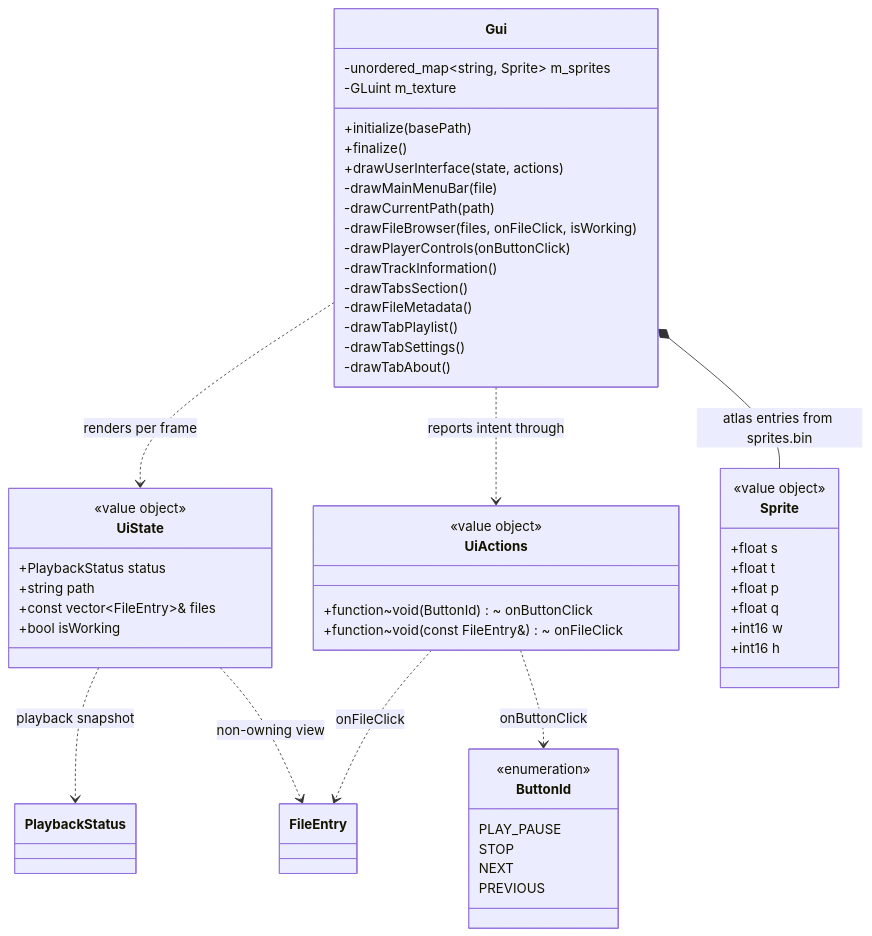
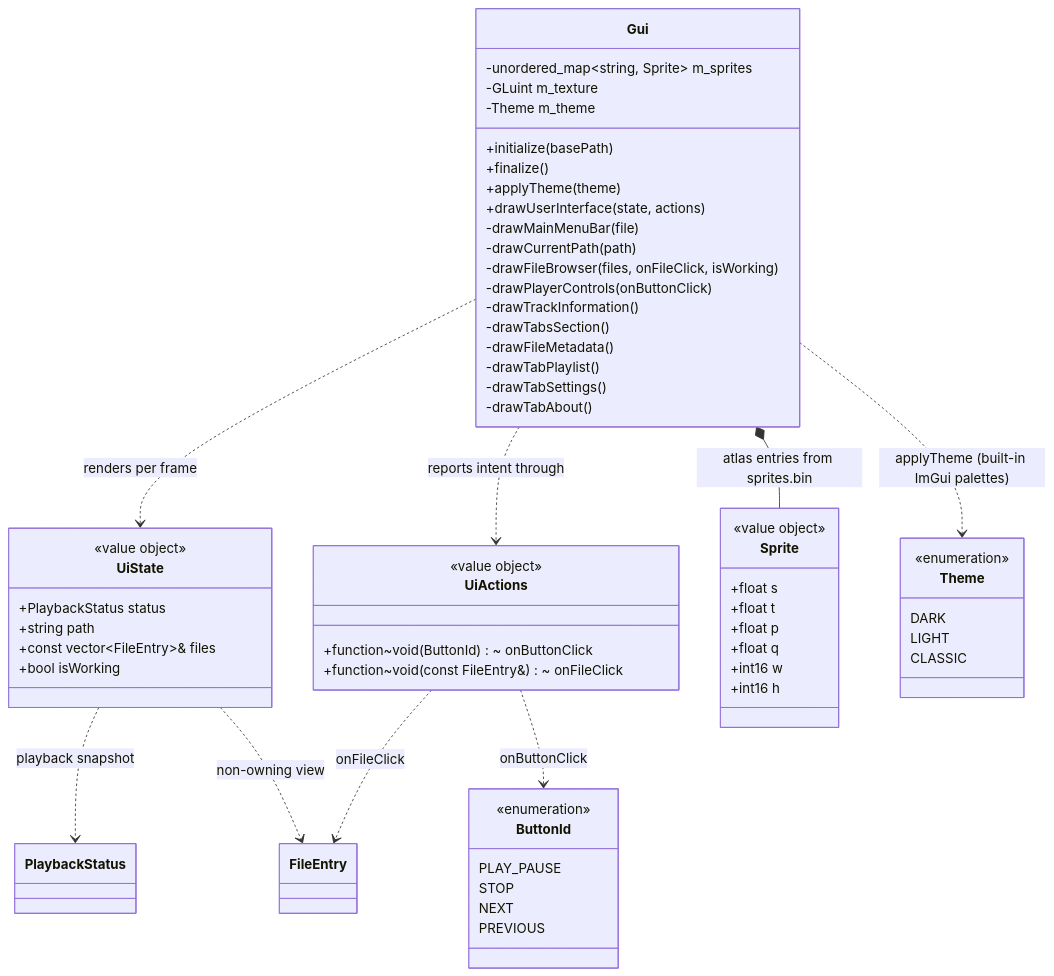
Before and after one commit to notnotme/osp2: the diagram in docs/ui.md, drawn with Mermaid. The commit also changed other lines of this file and 6 other files, not shown here.

First line of the commit message:
feat: add theme system with ImGui built-in palettes (TODO_3 chunk 3b)

````diff
--- a/docs/ui.md
+++ b/docs/ui.md
@@ -5,60 +5,70 @@
 ```mermaid
 classDiagram
     class Gui {
         -unordered_map~string, Sprite~ m_sprites
         -GLuint m_texture
+        -Theme m_theme
         +initialize(basePath)
         +finalize()
+        +applyTheme(theme)
         +drawUserInterface(state, actions)
         -drawMainMenuBar(file)
         -drawCurrentPath(path)
         -drawFileBrowser(files, onFileClick, isWorking)
         -drawPlayerControls(onButtonClick)
         -drawTrackInformation()
         -drawTabsSection()
         -drawFileMetadata()
         -drawTabPlaylist()
         -drawTabSettings()
         -drawTabAbout()
     }
 
     class UiState {
         <<value object>>
         +PlaybackStatus status
         +string path
         +const vector~FileEntry~& files
         +bool isWorking
     }
 
     class UiActions {
         <<value object>>
         +function~void(ButtonId)~ onButtonClick
         +function~void(const FileEntry&)~ onFileClick
     }
 
     class Sprite {
         <<value object>>
         +float s
         +float t
         +float p
         +float q
         +int16 w
         +int16 h
     }
 
     class ButtonId {
         <<enumeration>>
         PLAY_PAUSE
         STOP
         NEXT
         PREVIOUS
     }
 
+    class Theme {
+        <<enumeration>>
+        DARK
+        LIGHT
+        CLASSIC
+    }
+
     Gui *-- Sprite : atlas entries from sprites.bin
+    Gui ..> Theme : applyTheme (built-in ImGui palettes)
     Gui ..> UiState : renders per frame
     Gui ..> UiActions : reports intent through
     UiState ..> PlaybackStatus : playback snapshot
     UiState ..> FileEntry : non-owning view
     UiActions ..> ButtonId : onButtonClick
     UiActions ..> FileEntry : onFileClick
 ```
````
